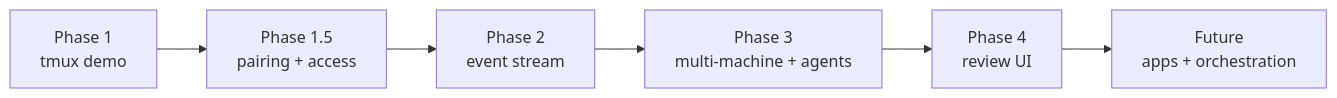
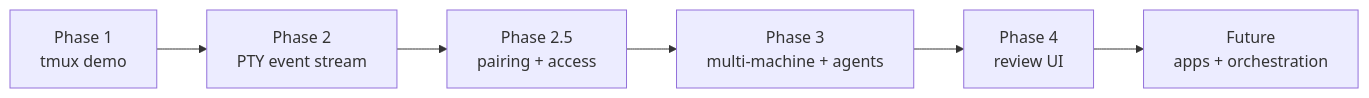
The fourth of 4 diagrams in README.md (TetherAgent/tether), drawn with Mermaid before and after one commit. The commit also changed other lines of this file and 11 other files, not shown here.

First line of the commit message:
feat: update documentation and commands for Tether Gateway and PTY event stream

````diff
--- a/README.md
+++ b/README.md
@@ -235,11 +246,11 @@
 ```mermaid
 flowchart LR
   p1[Phase 1<br/>tmux demo]
-  p15[Phase 1.5<br/>pairing + access]
-  p2[Phase 2<br/>event stream]
+  p2[Phase 2<br/>PTY event stream]
+  p15[Phase 2.5<br/>pairing + access]
   p3[Phase 3<br/>multi-machine + agents]
   p4[Phase 4<br/>review UI]
   future[Future<br/>apps + orchestration]
 
-  p1 --> p15 --> p2 --> p3 --> p4 --> future
+  p1 --> p2 --> p15 --> p3 --> p4 --> future
 ```
````
